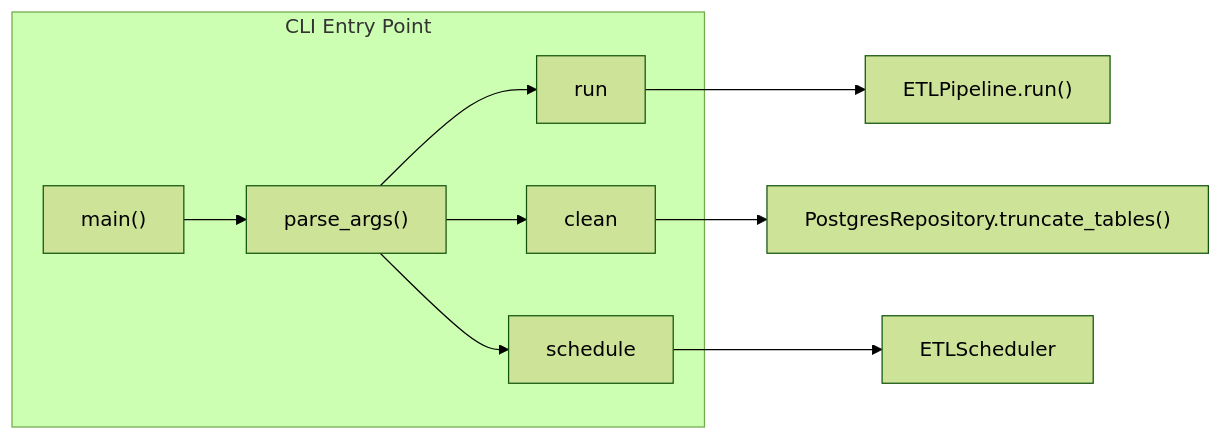
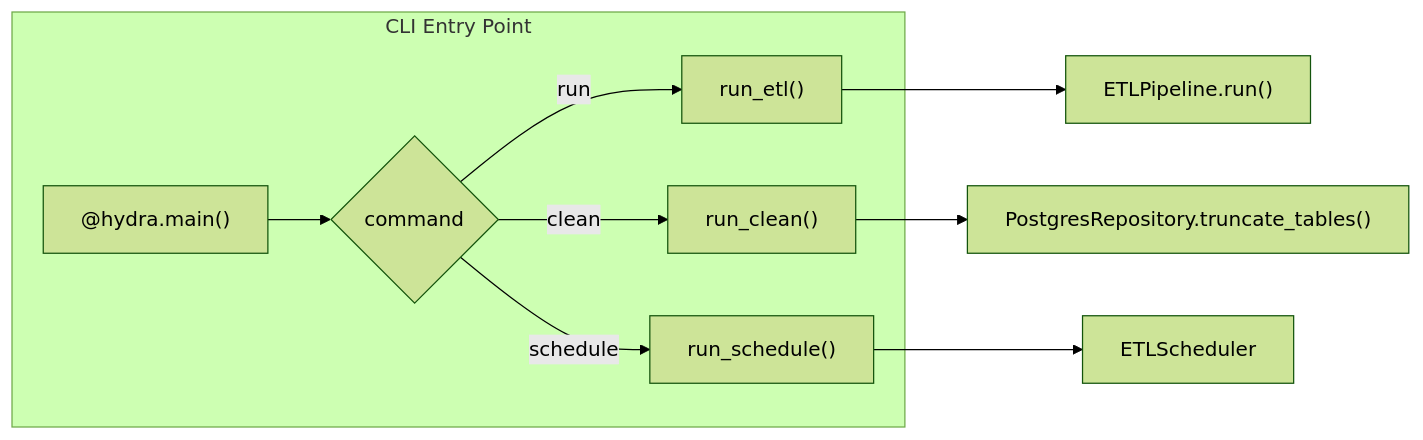
One commit to zhj0513/small_etl changed the third of 8 diagrams in doc/architecture.md. Above: the diagram before and after it, drawn with Mermaid (forest theme). The commit also changed other lines of this file and 11 other files, not shown here.

````diff
--- a/doc/architecture.md
+++ b/doc/architecture.md
@@ -136,13 +136,13 @@
 ```mermaid
 flowchart LR
     subgraph CLI["CLI Entry Point"]
-        MAIN["main()"] --> PARSE["parse_args()"]
-        PARSE --> RUN["run"]
-        PARSE --> CLEAN["clean"]
-        PARSE --> SCHEDULE["schedule"]
+        MAIN["@hydra.main()"] --> CMD{command}
+        CMD -->|run| RUN["run_etl()"]
+        CMD -->|clean| CLEAN["run_clean()"]
+        CMD -->|schedule| SCHEDULE["run_schedule()"]
     end
 
     RUN --> Pipeline["ETLPipeline.run()"]
     CLEAN --> Repo["PostgresRepository.truncate_tables()"]
     SCHEDULE --> Scheduler["ETLScheduler"]
 ```
````
